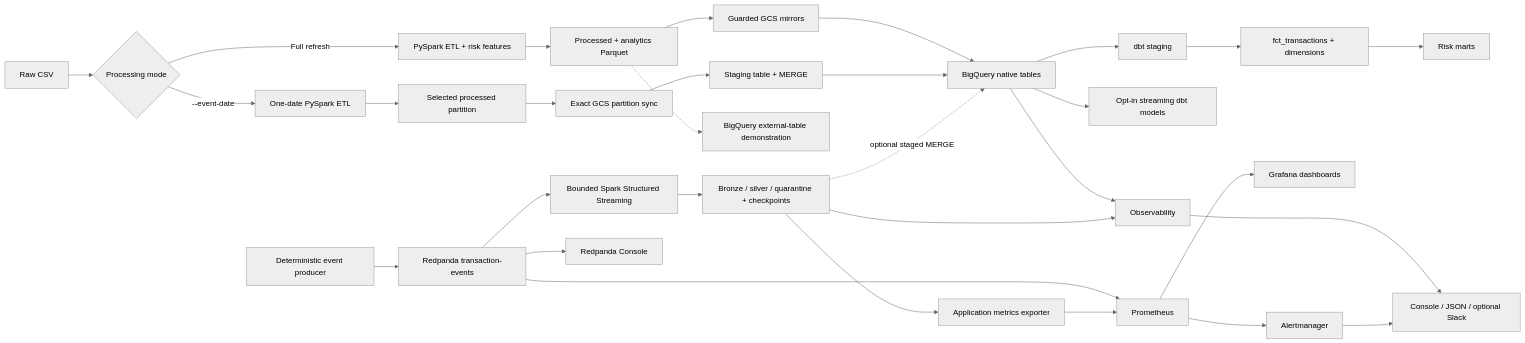
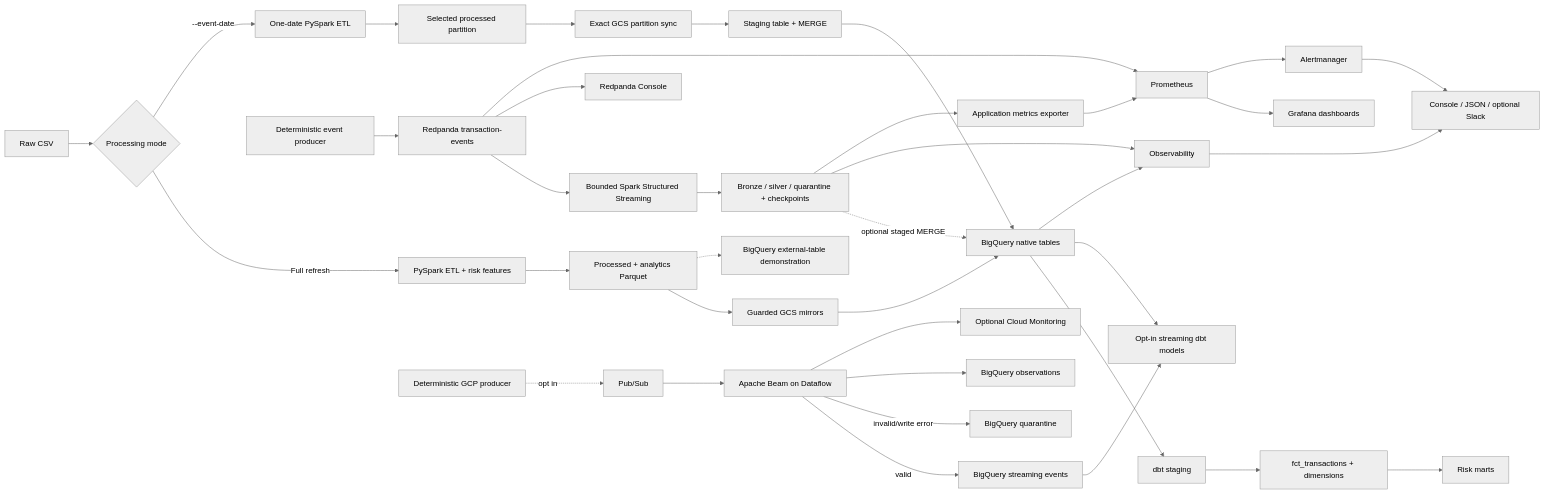
One commit to Harsh06001/financial-risk-data-platform changed the diagram in README.md. Above: the diagram before and after it, drawn with Mermaid (neutral theme). The commit also changed other lines of this file and 57 other files, not shown here.

Commit message:
feat: add cost-controlled gcp pubsub dataflow streaming mode

````diff
--- a/README.md
+++ b/README.md
@@ -7,32 +7,39 @@
 ```mermaid
 flowchart LR
     A[Raw CSV] --> B{Processing mode}
     B -->|Full refresh| C[PySpark ETL + risk features]
     B -->|--event-date| D[One-date PySpark ETL]
     C --> E[Processed + analytics Parquet]
     D --> F[Selected processed partition]
     E --> G[Guarded GCS mirrors]
     F --> H[Exact GCS partition sync]
     G --> I[BigQuery native tables]
     H --> J[Staging table + MERGE]
     J --> I
     I --> K[dbt staging]
     K --> L[fct_transactions + dimensions]
     L --> M[Risk marts]
     E -.-> N[BigQuery external-table demonstration]
     O[Deterministic event producer] --> P[Redpanda transaction-events]
     P --> Q[Bounded Spark Structured Streaming]
     Q --> R[Bronze / silver / quarantine + checkpoints]
     R -. optional staged MERGE .-> I
     I --> S[Opt-in streaming dbt models]
     I --> T[Observability]
     R --> T
     T --> U[Console / JSON / optional Slack]
     P --> V[Redpanda Console]
     P --> W[Prometheus]
     R --> X[Application metrics exporter]
     X --> W
     W --> Y[Grafana dashboards]
     W --> Z[Alertmanager]
     Z --> U
+    AA[Deterministic GCP producer] -. opt in .-> AB[Pub/Sub]
+    AB --> AC[Apache Beam on Dataflow]
+    AC -->|valid| AD[BigQuery streaming events]
+    AC -->|invalid/write error| AE[BigQuery quarantine]
+    AC --> AF[BigQuery observations]
+    AD --> S
+    AC --> AG[Optional Cloud Monitoring]
 ```
````
